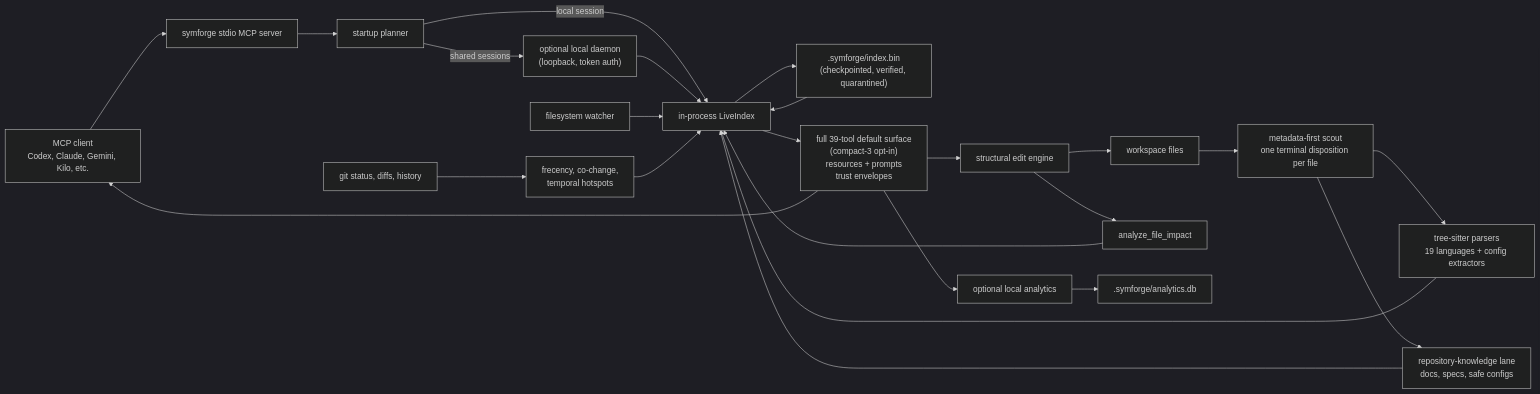
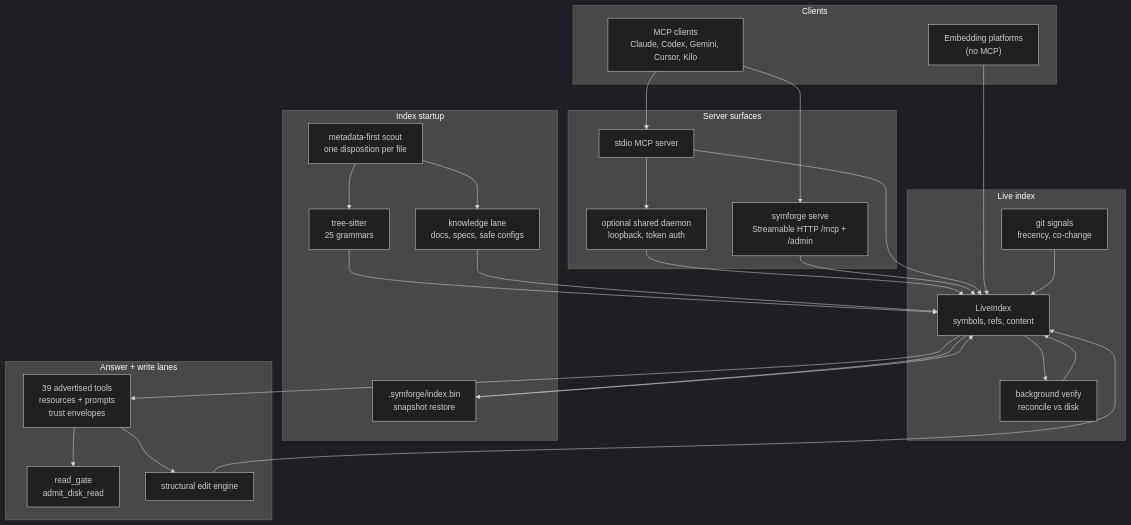
The first of 2 diagrams in README.md (special-place-ai-heaven/symforge), drawn with Mermaid (dark theme) before and after one commit. The commit also changed other lines of this file, not shown here.

````diff
--- a/README.md
+++ b/README.md
@@ -141,32 +81,55 @@
 ```mermaid
-flowchart LR
-    Client["MCP client<br/>Codex, Claude, Gemini, Kilo, etc."] --> Server["symforge stdio MCP server"]
+flowchart TD
+    accTitle: SymForge architecture
+    accDescr: MCP clients reach the server over stdio or HTTP. Startup either restores a snapshot or cold-loads through the admission scout into the live index, which backs the tool, read, and edit lanes.
 
-    Server --> Startup["startup planner"]
-    Startup -->|local session| Local["in-process LiveIndex"]
-    Startup -->|shared sessions| Daemon["optional local daemon<br/>(loopback, token auth)"]
-    Daemon --> Local
+    subgraph Clients["Clients"]
+        MCP["MCP clients<br/>Claude, Codex, Gemini, Cursor, Kilo"]
+        LIB["Embedding platforms<br/>(no MCP)"]
+    end
 
-    Workspace["workspace files"] --> Scout["metadata-first scout<br/>one terminal disposition per file"]
-    Scout --> Parser["tree-sitter parsers<br/>19 languages + config extractors"]
-    Scout --> Knowledge["repository-knowledge lane<br/>docs, specs, safe configs"]
-    Parser --> Local
-    Knowledge --> Local
-    Watcher["filesystem watcher"] --> Local
-    Git["git status, diffs, history"] --> Signals["frecency, co-change,<br/>temporal hotspots"]
-    Signals --> Local
+    subgraph Surfaces["Server surfaces"]
+        STDIO["stdio MCP server"]
+        HTTP["symforge serve<br/>Streamable HTTP /mcp + /admin"]
+        DAEMON["optional shared daemon<br/>loopback, token auth"]
+    end
 
-    Local --> Snapshot[".symforge/index.bin<br/>(checkpointed, verified, quarantined)"]
-    Snapshot --> Local
+    subgraph Startup["Index startup"]
+        SNAP[".symforge/index.bin<br/>snapshot restore"]
+        SCOUT["metadata-first scout<br/>one disposition per file"]
+        PARSE["tree-sitter<br/>25 grammars"]
+        KNOW["knowledge lane<br/>docs, specs, safe configs"]
+    end
 
-    Local --> Tools["full 39-tool default surface<br/>(compact-3 opt-in)<br/>resources + prompts<br/>trust envelopes"]
-    Tools --> Client
+    subgraph Core["Live index"]
+        IDX["LiveIndex<br/>symbols, refs, content"]
+        SIG["git signals<br/>frecency, co-change"]
+        VERIFY["background verify<br/>reconcile vs disk"]
+    end
 
-    Tools --> Edits["structural edit engine"]
-    Edits --> Workspace
-    Edits --> Impact["analyze_file_impact"]
-    Impact --> Local
+    subgraph Lanes["Answer + write lanes"]
+        TOOLS["39 advertised tools<br/>resources + prompts<br/>trust envelopes"]
+        GATE["read_gate<br/>admit_disk_read"]
+        EDITS["structural edit engine"]
+    end
 
-    Tools --> Analytics["optional local analytics"]
-    Analytics --> AnalyticsDb[".symforge/analytics.db"]
+    MCP --> STDIO
+    MCP --> HTTP
+    STDIO --> DAEMON
+    DAEMON --> IDX
+    HTTP --> IDX
+    STDIO --> IDX
+    LIB --> IDX
+
+    SNAP --> IDX
+    SCOUT --> PARSE --> IDX
+    SCOUT --> KNOW --> IDX
+    SIG --> IDX
+    IDX --> VERIFY --> IDX
+    IDX --> SNAP
+
+    IDX --> TOOLS
+    TOOLS --> GATE
+    TOOLS --> EDITS
+    EDITS --> IDX
 ```
````
